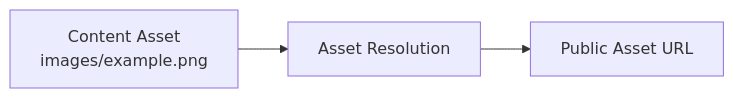
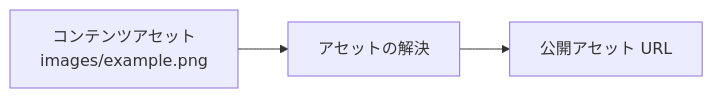
Before and after one commit to Rerurate514/riebeckite: diagram 11 of 13 in docs/docs/framework/content-system.ja.md, drawn with Mermaid. The commit also changed other lines of this file and 310 other files, not shown here.

````diff
--- a/docs/docs/framework/content-system.ja.md
+++ b/docs/docs/framework/content-system.ja.md
@@ -466,9 +410,9 @@
 ```mermaid id="r3f54e"
 flowchart LR
-    Asset["Content Asset<br/>images/example.png"]
-    Resolver["Asset Resolution"]
-    Public["Public Asset URL"]
+    Asset["コンテンツアセット<br/>images/example.png"]
+    Resolver["アセットの解決"]
+    Public["公開アセット URL"]
 
     Asset --> Resolver
     Resolver --> Public
 ```
````
